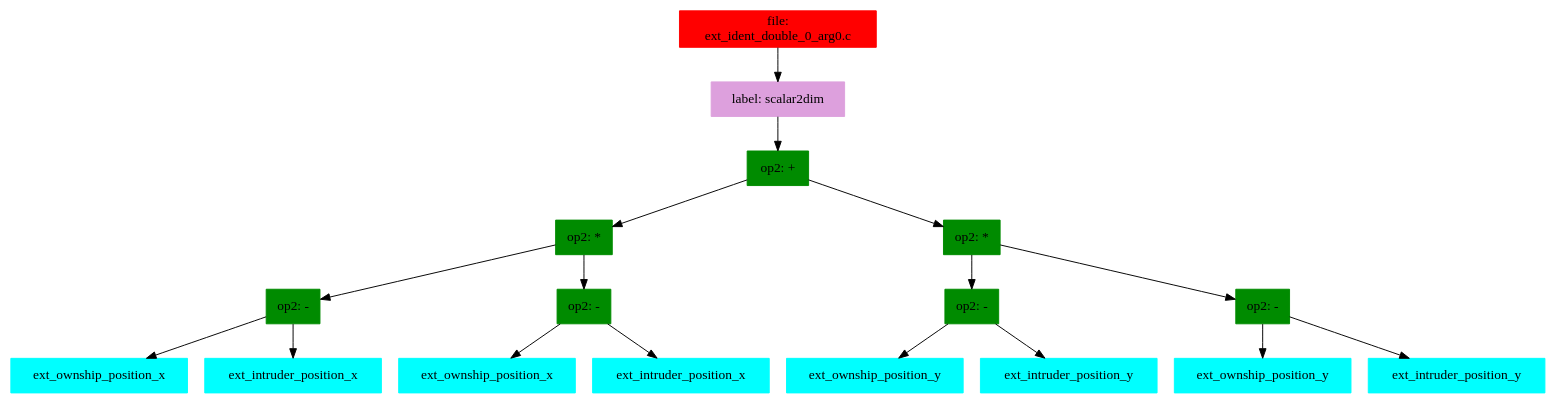
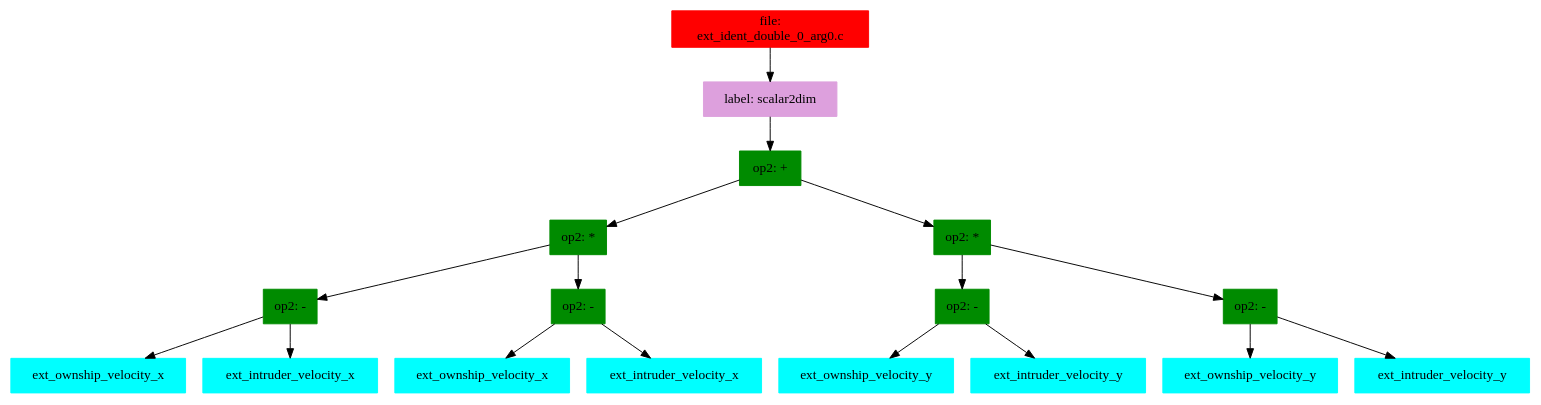
One commit to Copilot-Language/examplesForACSL changed the diagram in example36/copilot-sbv-codegen/ext_ident_double_0_arg0.c.gv. Above: the diagram before and after it, drawn with Graphviz. The commit also changed 5241 other files, not shown here.

```diff
--- a/example36/copilot-sbv-codegen/ext_ident_double_0_arg0.c.gv
+++ b/example36/copilot-sbv-codegen/ext_ident_double_0_arg0.c.gv
@@ -1,40 +1,40 @@
 digraph G {
 node [shape=box]
 
 0 [label="file: 
 ext_ident_double_0_arg0.c",color=red, style=filled]
 1 [label="label: scalar2dim",color=plum, style=filled]
 0 -> 1
 2 [label="op2: +",color=green4, style=filled]
 1 -> 2
 3 [label="op2: *",color=green4, style=filled]
 2 -> 3
 4 [label="op2: -",color=green4, style=filled]
 3 -> 4
-5 [label="ext_ownship_position_x",color=cyan1, style=filled]
+5 [label="ext_ownship_velocity_x",color=cyan1, style=filled]
 4 -> 5
-6 [label="ext_intruder_position_x",color=cyan1, style=filled]
+6 [label="ext_intruder_velocity_x",color=cyan1, style=filled]
 4 -> 6
 7 [label="op2: -",color=green4, style=filled]
 3 -> 7
-8 [label="ext_ownship_position_x",color=cyan1, style=filled]
+8 [label="ext_ownship_velocity_x",color=cyan1, style=filled]
 7 -> 8
-9 [label="ext_intruder_position_x",color=cyan1, style=filled]
+9 [label="ext_intruder_velocity_x",color=cyan1, style=filled]
 7 -> 9
 10 [label="op2: *",color=green4, style=filled]
 2 -> 10
 11 [label="op2: -",color=green4, style=filled]
 10 -> 11
-12 [label="ext_ownship_position_y",color=cyan1, style=filled]
+12 [label="ext_ownship_velocity_y",color=cyan1, style=filled]
 11 -> 12
-13 [label="ext_intruder_position_y",color=cyan1, style=filled]
+13 [label="ext_intruder_velocity_y",color=cyan1, style=filled]
 11 -> 13
 14 [label="op2: -",color=green4, style=filled]
 10 -> 14
-15 [label="ext_ownship_position_y",color=cyan1, style=filled]
+15 [label="ext_ownship_velocity_y",color=cyan1, style=filled]
 14 -> 15
-16 [label="ext_intruder_position_y",color=cyan1, style=filled]
+16 [label="ext_intruder_velocity_y",color=cyan1, style=filled]
 14 -> 16
 
 
 }
```
